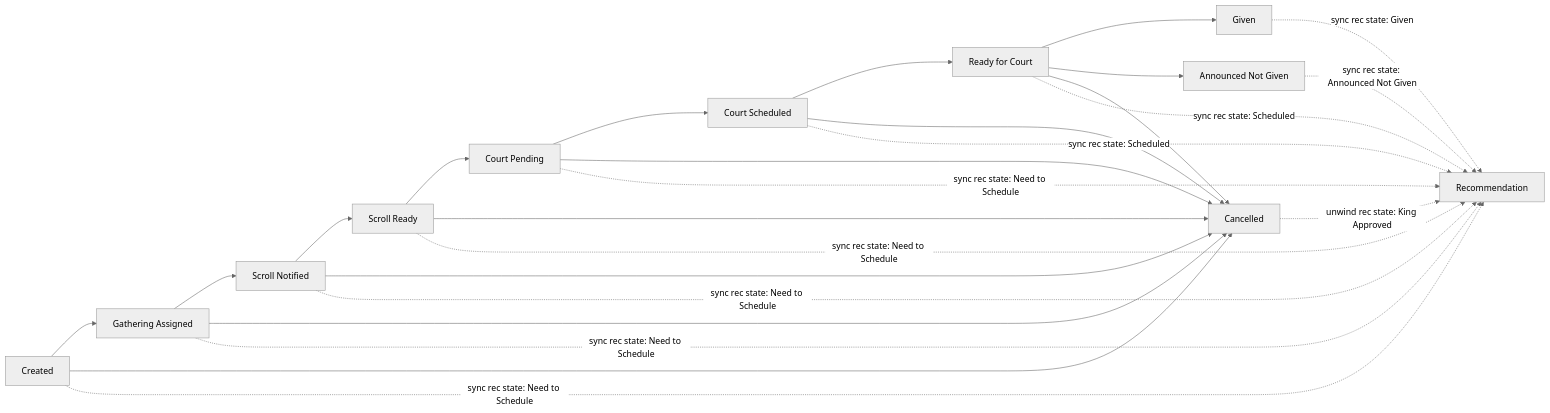
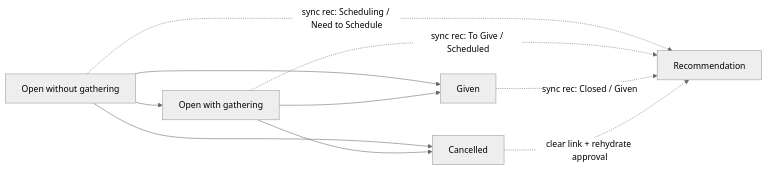
Before and after one commit to Ansteorra/KMP: the third of 6 diagrams in app/docs/awards-recommendation-bestowal-workflow-diagrams.md, drawn with Mermaid (neutral theme). The commit also changed other lines of this file and 20 other files, not shown here.

````diff
--- a/app/docs/awards-recommendation-bestowal-workflow-diagrams.md
+++ b/app/docs/awards-recommendation-bestowal-workflow-diagrams.md
@@ -39,29 +41,13 @@
 ```mermaid
 flowchart LR
-    A["Created"] --> B["Gathering Assigned"]
-    B --> C["Scroll Notified"]
-    C --> D["Scroll Ready"]
-    D --> E["Court Pending"]
-    E --> F["Court Scheduled"]
-    F --> G["Ready for Court"]
-    G --> H["Given"]
-    G --> I["Announced Not Given"]
+    A["Open without gathering"] --> B["Open with gathering"]
+    A --> C["Given"]
+    B --> C
     A --> X["Cancelled"]
     B --> X
-    C --> X
-    D --> X
-    E --> X
-    F --> X
-    G --> X
 
-    A -. "sync rec state: Need to Schedule" .-> R1["Recommendation"]
-    B -. "sync rec state: Need to Schedule" .-> R1
-    C -. "sync rec state: Need to Schedule" .-> R1
-    D -. "sync rec state: Need to Schedule" .-> R1
-    E -. "sync rec state: Need to Schedule" .-> R1
-    F -. "sync rec state: Scheduled" .-> R1
-    G -. "sync rec state: Scheduled" .-> R1
-    H -. "sync rec state: Given" .-> R1
-    I -. "sync rec state: Announced Not Given" .-> R1
-    X -. "unwind rec state: King Approved" .-> R1
+    A -. "sync rec: Scheduling / Need to Schedule" .-> R1["Recommendation"]
+    B -. "sync rec: To Give / Scheduled" .-> R1
+    C -. "sync rec: Closed / Given" .-> R1
+    X -. "clear link + rehydrate approval" .-> R1
 ```
````
